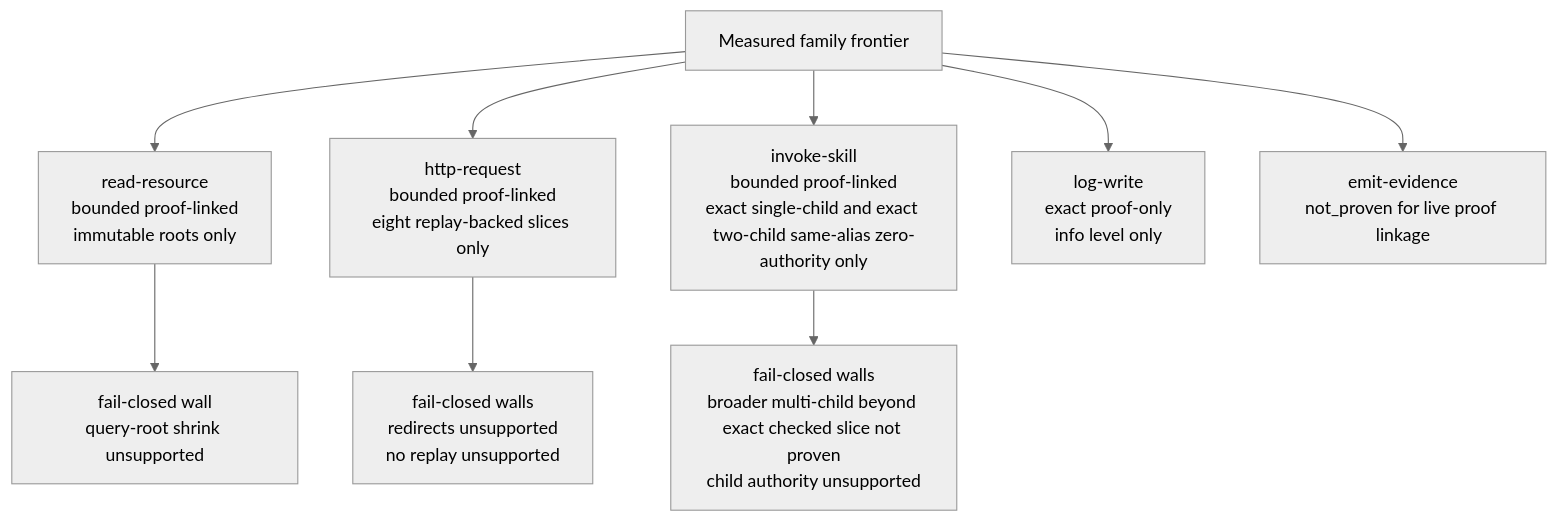
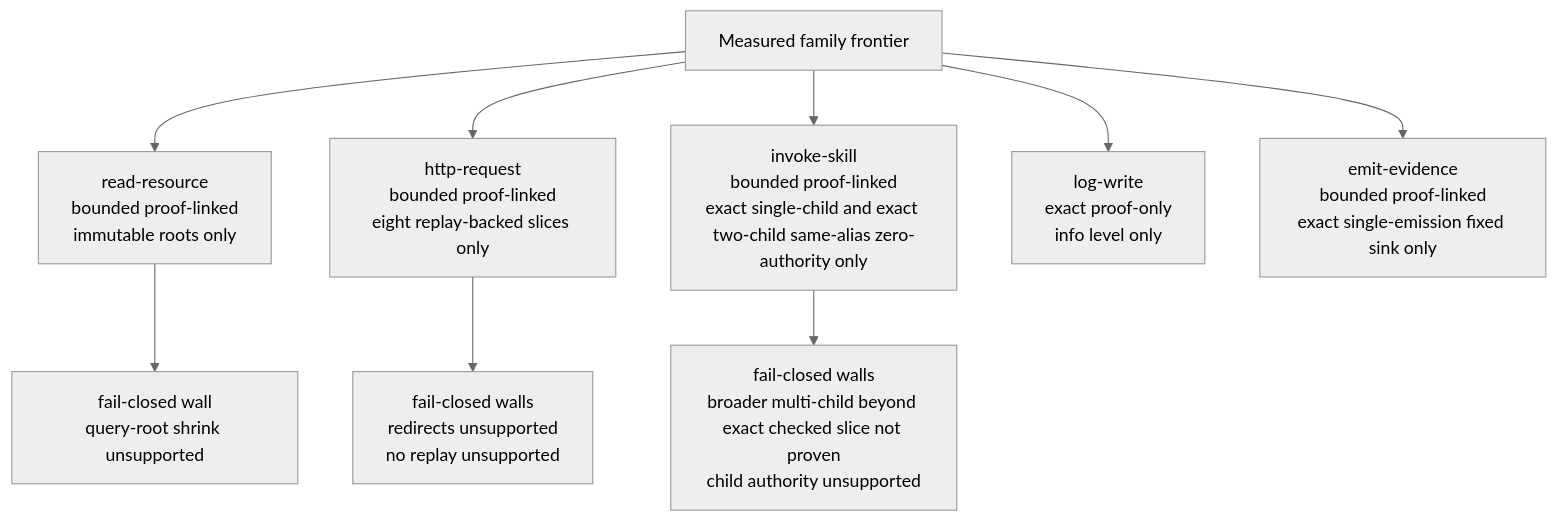
The fourth of 5 diagrams in docs/patent/m9-figures.md (jkordish/Guild), drawn with Mermaid (neutral theme) before and after one commit. The commit also changed other lines of this file and 11 other files, not shown here.

Commit message:
Resolve schema and packet truth gaps

````diff
--- a/docs/patent/m9-figures.md
+++ b/docs/patent/m9-figures.md
@@ -75,12 +75,12 @@
 ```mermaid
 flowchart TD
     A[Measured family frontier]
     A --> RR[read-resource<br/>bounded proof-linked<br/>immutable roots only]
     A --> HTTP[http-request<br/>bounded proof-linked<br/>eight replay-backed slices only]
     A --> INV[invoke-skill<br/>bounded proof-linked<br/>exact single-child and exact two-child same-alias zero-authority only]
     A --> LOG[log-write<br/>exact proof-only<br/>info level only]
-    A --> EMIT[emit-evidence<br/>not_proven for live proof linkage]
+    A --> EMIT[emit-evidence<br/>bounded proof-linked<br/>exact single-emission fixed sink only]
     HTTP --> HTTPW[fail-closed walls<br/>redirects unsupported<br/>no replay unsupported]
     INV --> INVW[fail-closed walls<br/>broader multi-child beyond exact checked slice not proven<br/>child authority unsupported]
     RR --> RRW[fail-closed wall<br/>query-root shrink unsupported]
 ```
````
